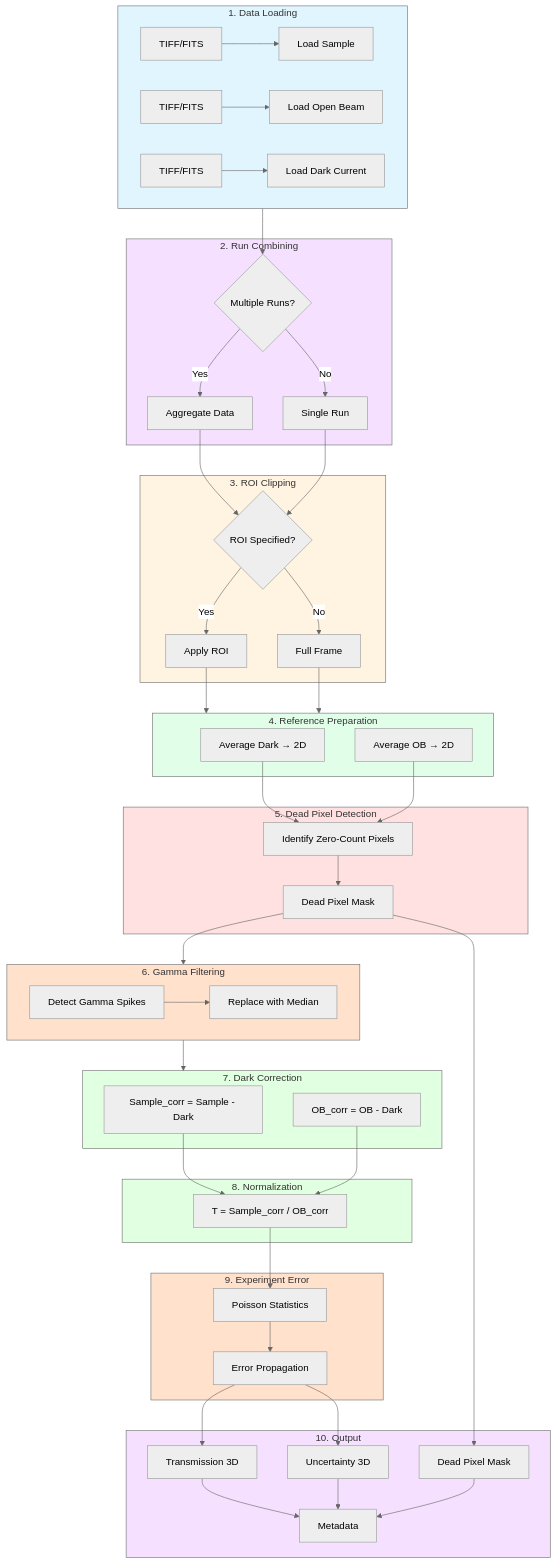
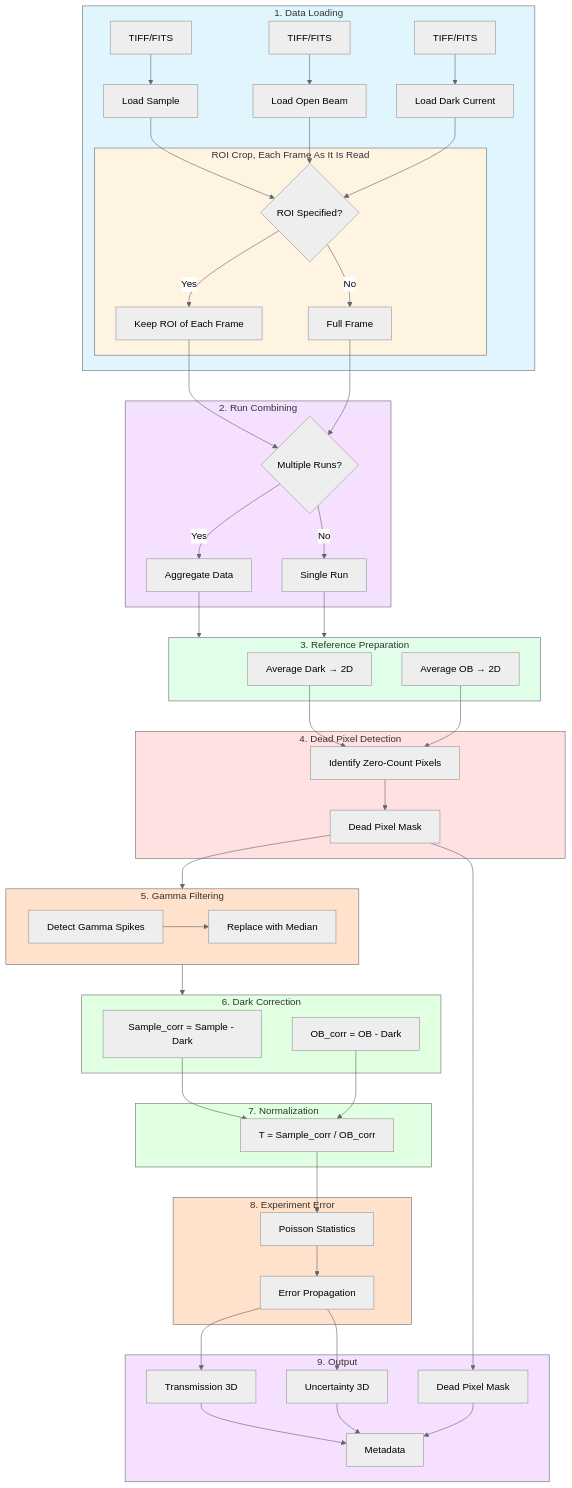
Before and after one commit to ornlneutronimaging/NeuNorm: the diagram in docs/workflows/mars_ccd_cmos.md, drawn with Mermaid (neutral theme). The commit also changed other lines of this file and 11 other files, not shown here.

```diff
--- a/docs/workflows/mars_ccd_cmos.md
+++ b/docs/workflows/mars_ccd_cmos.md
@@ -15,6 +15,11 @@
         A1[TIFF/FITS] --> A[Load Sample]
         A2[TIFF/FITS] --> B[Load Open Beam]
         A3[TIFF/FITS] --> C[Load Dark Current]
+        subgraph ROI["ROI Crop, Each Frame As It Is Read"]
+            D{ROI Specified?}
+            E[Keep ROI of Each Frame]
+            F[Full Frame]
+        end
     end
 
     subgraph RunCombine["2. Run Combining"]
@@ -23,57 +28,53 @@
         RC3[Single Run]
     end
 
-    subgraph ROI["3. ROI Clipping"]
-        D{ROI Specified?}
-        E[Apply ROI]
-        F[Full Frame]
-    end
-
-    subgraph Prepare["4. Reference Preparation"]
+    subgraph Prepare["3. Reference Preparation"]
         G[Average Dark → 2D]
         H[Average OB → 2D]
     end
 
-    subgraph PixelDetect["5. Dead Pixel Detection"]
+    subgraph PixelDetect["4. Dead Pixel Detection"]
         PD[Identify Zero-Count Pixels]
         PM[Dead Pixel Mask]
     end
 
-    subgraph Gamma["6. Gamma Filtering"]
+    subgraph Gamma["5. Gamma Filtering"]
         GF[Detect Gamma Spikes]
         GR[Replace with Median]
     end
 
-    subgraph DarkCorr["7. Dark Correction"]
+    subgraph DarkCorr["6. Dark Correction"]
         DC1["Sample_corr = Sample - Dark"]
         DC2["OB_corr = OB - Dark"]
     end
 
-    subgraph Norm["8. Normalization"]
+    subgraph Norm["7. Normalization"]
         N["T = Sample_corr / OB_corr"]
     end
 
-    subgraph UQ["9. Experiment Error"]
+    subgraph UQ["8. Experiment Error"]
         UQ1[Poisson Statistics]
         UQ2[Error Propagation]
     end
 
-    subgraph Output["10. Output"]
+    subgraph Output["9. Output"]
         O1[Transmission 3D]
         O2[Uncertainty 3D]
         O3[Dead Pixel Mask]
         O4[Metadata]
     end
 
-    Input --> RC1
+    A --> D
+    B --> D
+    C --> D
+    D -->|Yes| E
+    D -->|No| F
+    E --> RC1
+    F --> RC1
     RC1 -->|Yes| RC2
     RC1 -->|No| RC3
-    RC2 --> D
-    RC3 --> D
-    D -->|Yes| E
-    D -->|No| F
-    E --> Prepare
-    F --> Prepare
+    RC2 --> Prepare
+    RC3 --> Prepare
     G --> PD
     H --> PD
     PD --> PM
```
